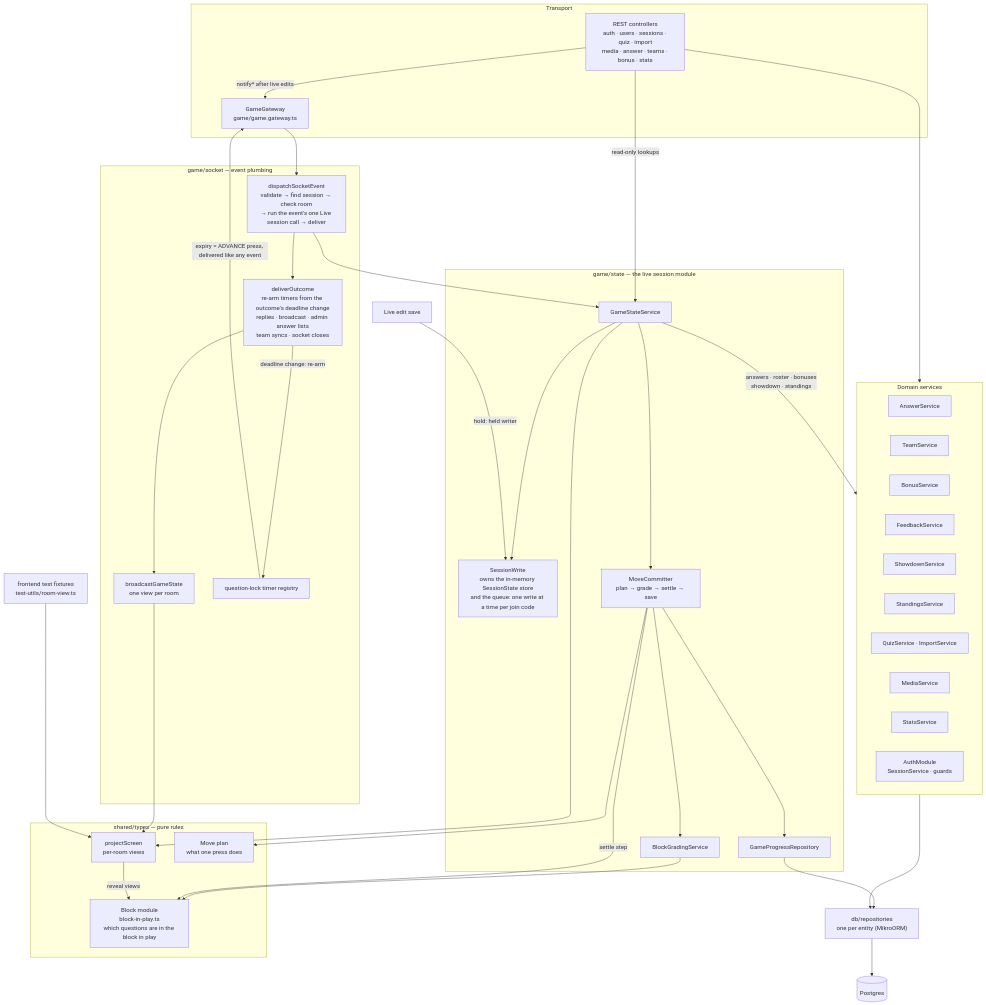
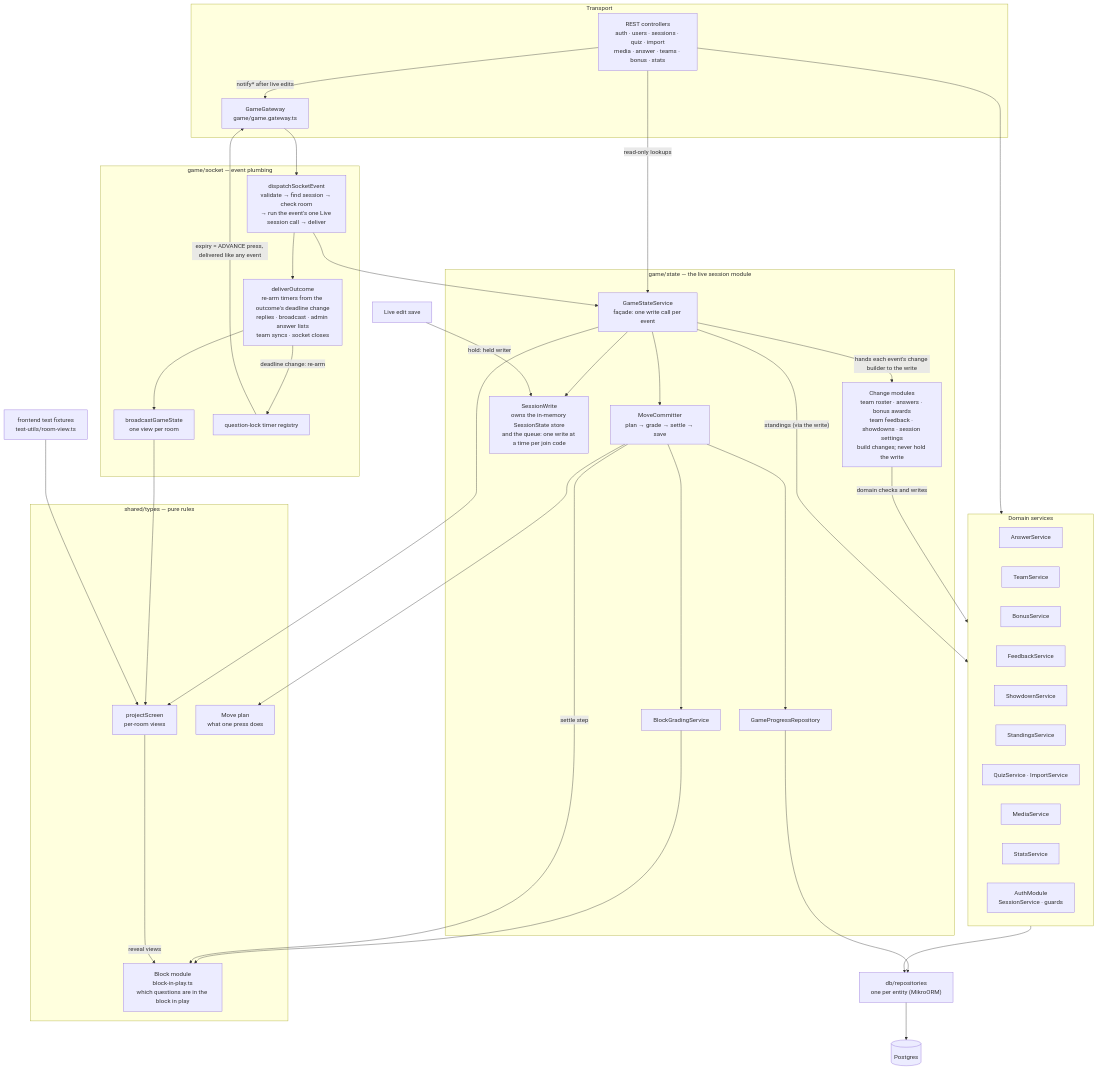
Before and after one commit to Sid0rr0/campus-pubquiz: the third of 8 diagrams in docs/architecture.md, drawn with Mermaid. The commit also changed 2 other files, not shown here.

Commit message:
refactor(backend): tidy game state façade after change module split
Drop the unused RosterLoader type and its orphaned doc comment, and
shorten event docs that the change modules now carry.

````diff
--- a/docs/architecture.md
+++ b/docs/architecture.md
@@ -73,68 +73,71 @@
 ```mermaid
 flowchart TD
   subgraph transport["Transport"]
     gw["GameGateway<br/>game/game.gateway.ts"]
     rest["REST controllers<br/>auth · users · sessions · quiz · import<br/>media · answer · teams · bonus · stats"]
   end
 
   subgraph socket["game/socket — event plumbing"]
     dispatch["dispatchSocketEvent<br/>validate → find session → check room<br/>→ run the event's one Live session call → deliver"]
     deliver["deliverOutcome<br/>re-arm timers from the outcome's deadline change<br/>replies · broadcast · admin answer lists<br/>team syncs · socket closes"]
     broadcast["broadcastGameState<br/>one view per room"]
     timers["question-lock timer registry"]
   end
 
   subgraph state["game/state — the live session module"]
-    gss["GameStateService"]
+    gss["GameStateService<br/>façade: one write call per event"]
+    changes["Change modules<br/>team roster · answers · bonus awards<br/>team feedback · showdowns · session settings<br/>build changes; never hold the write"]
     write["SessionWrite<br/>owns the in-memory SessionState store<br/>and the queue: one write at a time per join code"]
     mover["MoveCommitter<br/>plan → grade → settle → save"]
     grading["BlockGradingService"]
     progress["GameProgressRepository"]
   end
 
   subgraph shared["shared/types — pure rules"]
     project["projectScreen<br/>per-room views"]
     plan["Move plan<br/>what one press does"]
     block["Block module<br/>block-in-play.ts<br/>which questions are in the block in play"]
   end
 
   subgraph domain["Domain services"]
     answer["AnswerService"]
     team["TeamService"]
     bonus["BonusService"]
     feedback["FeedbackService"]
     showdown["ShowdownService"]
     standings["StandingsService"]
     quiz["QuizService · ImportService"]
     media["MediaService"]
     stats["StatsService"]
     auth["AuthModule<br/>SessionService · guards"]
   end
 
   repos["db/repositories<br/>one per entity (MikroORM)"]
   db[("Postgres")]
 
   gw --> dispatch --> gss
   dispatch --> deliver --> broadcast --> project
   deliver -->|"deadline change: re-arm"| timers
   timers -->|"expiry = ADVANCE press, delivered like any event"| gw
   rest -->|"notify* after live edits"| gw
   rest -->|read-only lookups| gss
   rest --> domain
 
   gss --> write
+  gss -->|"hands each event's change builder to the write"| changes
+  changes -->|"domain checks and writes"| domain
   live["Live edit save"] -->|"hold: held writer"| write
   gss --> mover --> grading
   mover --> progress
   mover --> plan
   grading --> block
   mover -->|"settle step"| block
   project -->|"reveal views"| block
   gss --> project
   fixtures["frontend test fixtures<br/>test-utils/room-view.ts"] --> project
-  gss -->|"answers · roster · bonuses<br/>showdown · standings"| domain
+  gss -->|"standings (via the write)"| domain
 
   domain --> repos
   progress --> repos
   repos --> db
 ```
````
